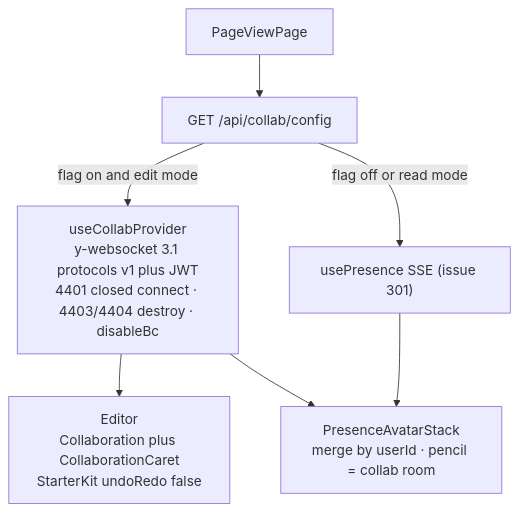
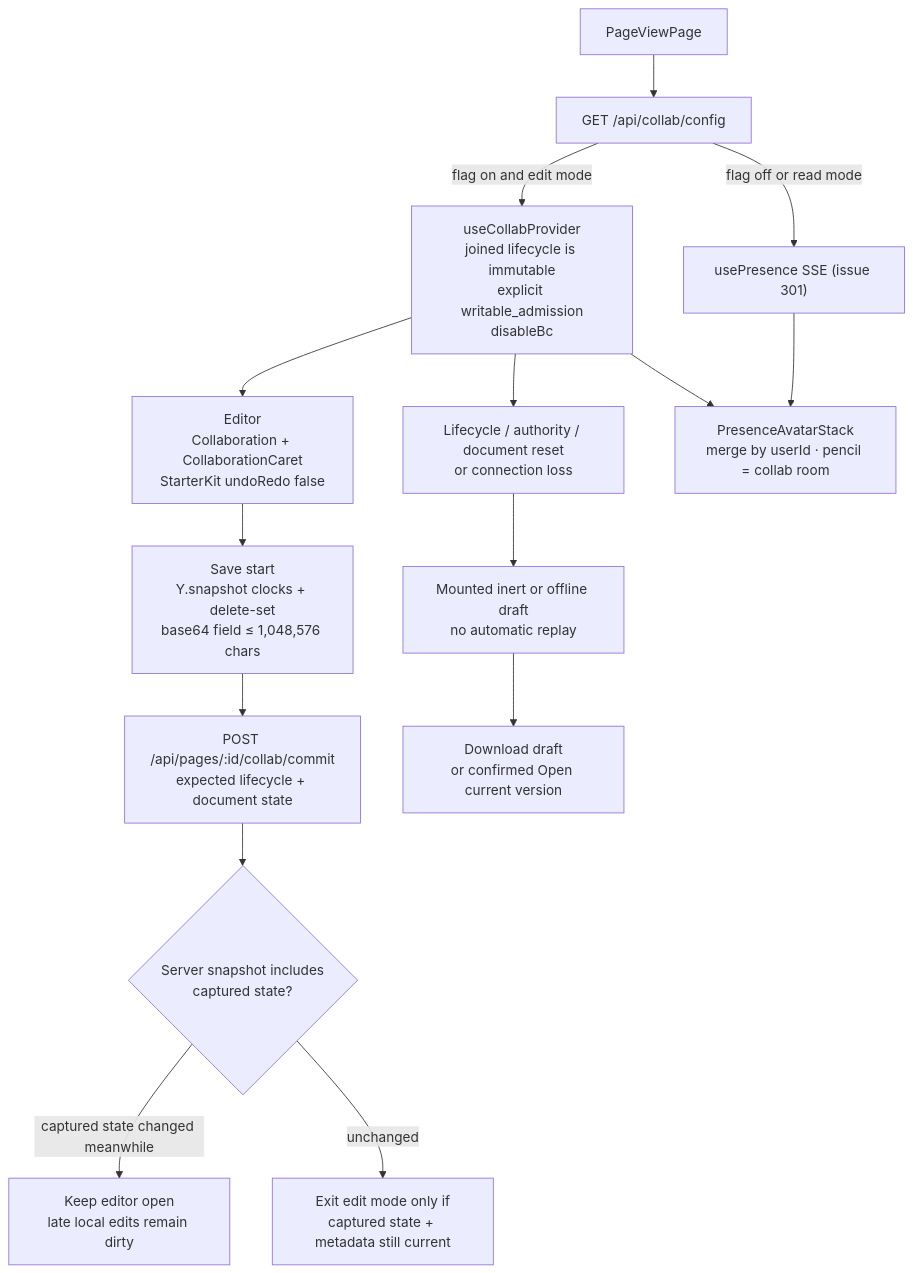
The fourth of 9 diagrams in docs/architecture/04-frontend-structure.md (Compendiq/compendiq-ce), drawn with Mermaid before and after one commit. The commit also changed other lines of this file and 107 other files, not shown here.

````diff
--- a/docs/architecture/04-frontend-structure.md
+++ b/docs/architecture/04-frontend-structure.md
@@ -203,15 +203,27 @@
 ```mermaid
 flowchart TB
     page["PageViewPage"]
     cfg["GET /api/collab/config"]
-    hook["useCollabProvider<br/>y-websocket 3.1 protocols v1 plus JWT<br/>4401 closed connect · 4403/4404 destroy · disableBc"]
-    ed["Editor<br/>Collaboration plus CollaborationCaret<br/>StarterKit undoRedo false"]
+    hook["useCollabProvider<br/>joined lifecycle is immutable<br/>explicit writable_admission<br/>disableBc"]
+    ed["Editor<br/>Collaboration + CollaborationCaret<br/>StarterKit undoRedo false"]
+    save["Save start<br/>Y.snapshot clocks + delete-set<br/>base64 field ≤ 1,048,576 chars"]
+    api["POST /api/pages/:id/collab/commit<br/>expected lifecycle + document state"]
+    ack{"Server snapshot includes<br/>captured state?"}
+    stay["Keep editor open<br/>late local edits remain dirty"]
+    exit["Exit edit mode only if<br/>captured state + metadata still current"]
+    fence["Lifecycle / authority / document reset<br/>or connection loss"]
+    draft["Mounted inert or offline draft<br/>no automatic replay"]
+    recovery["Download draft<br/>or confirmed Open current version"]
     sse["usePresence SSE (issue 301)"]
     stack["PresenceAvatarStack<br/>merge by userId · pencil = collab room"]
 
     page --> cfg
     cfg -->|flag on and edit mode| hook --> ed
     cfg -->|flag off or read mode| sse
+    ed --> save --> api --> ack
+    ack -->|captured state changed meanwhile| stay
+    ack -->|unchanged| exit
+    hook --> fence --> draft --> recovery
     hook --> stack
     sse --> stack
 ```
````
